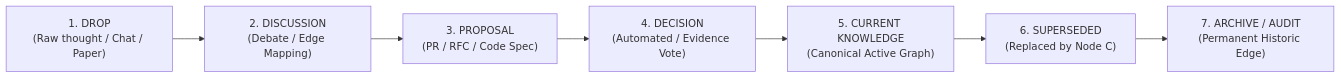
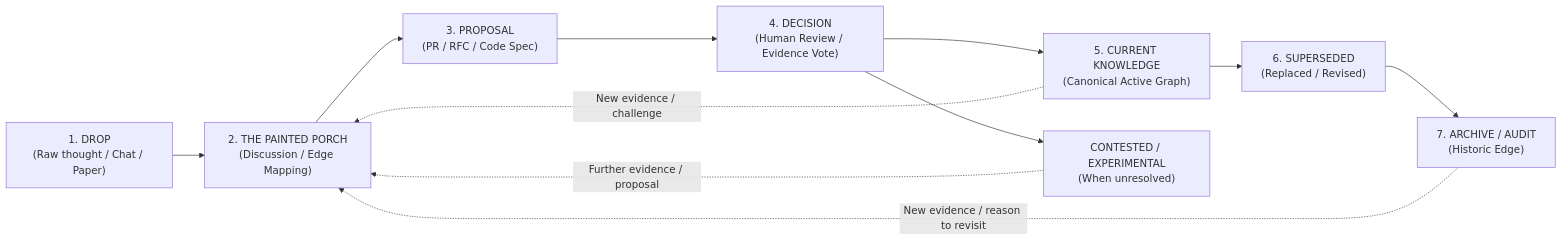
Before and after one commit to Anitelos/anitelos-commons: the diagram in docs/COMMONS-LIFECYCLE.md, drawn with Mermaid. The commit also changed other lines of this file and 40 other files, not shown here.

````diff
--- a/docs/COMMONS-LIFECYCLE.md
+++ b/docs/COMMONS-LIFECYCLE.md
@@ -11,9 +13,13 @@
 ```mermaid
 graph LR
-    Drop["1. DROP\n(Raw thought / Chat / Paper)"] --> Discussion["2. DISCUSSION\n(Debate / Edge Mapping)"]
+    Drop["1. DROP\n(Raw thought / Chat / Paper)"] --> Discussion["2. THE PAINTED PORCH\n(Discussion / Edge Mapping)"]
     Discussion --> Proposal["3. PROPOSAL\n(PR / RFC / Code Spec)"]
-    Proposal --> Decision["4. DECISION\n(Automated / Evidence Vote)"]
+    Proposal --> Decision["4. DECISION\n(Human Review / Evidence Vote)"]
     Decision --> Current["5. CURRENT KNOWLEDGE\n(Canonical Active Graph)"]
-    Current --> Superseded["6. SUPERSEDED\n(Replaced by Node C)"]
-    Superseded --> Archive["7. ARCHIVE / AUDIT\n(Permanent Historic Edge)"]
+    Decision --> Contested["CONTESTED / EXPERIMENTAL\n(When unresolved)"]
+    Current --> Superseded["6. SUPERSEDED\n(Replaced / Revised)"]
+    Superseded --> Archive["7. ARCHIVE / AUDIT\n(Historic Edge)"]
+    Archive -. "New evidence / reason to revisit" .-> Discussion
+    Current -. "New evidence / challenge" .-> Discussion
+    Contested -. "Further evidence / proposal" .-> Discussion
 ```
````
